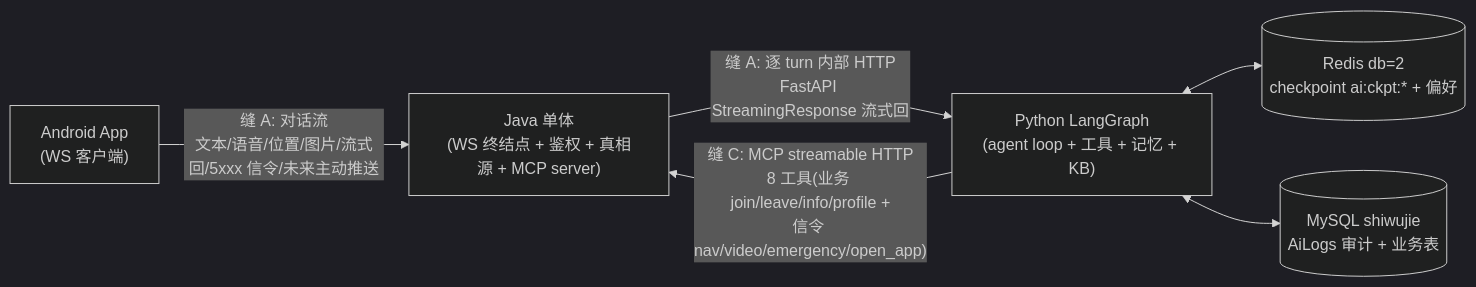
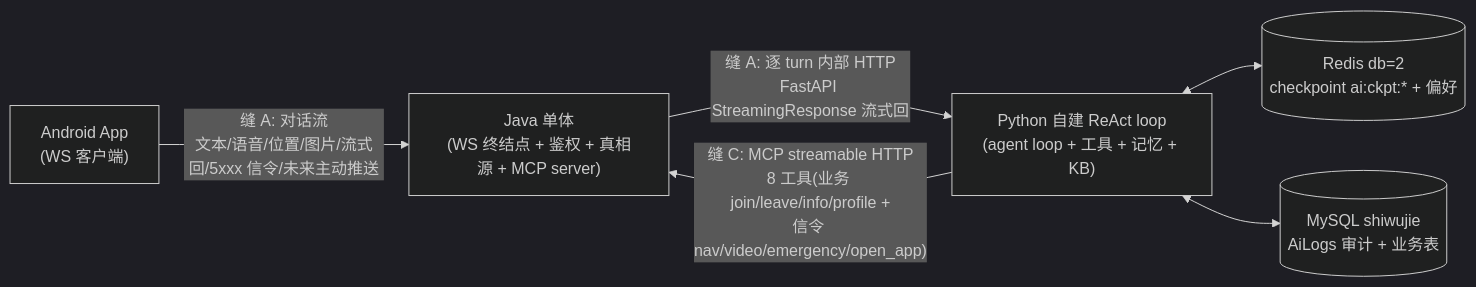
One commit to didiyal/shiwujie changed the first of 2 diagrams in docs/architecture/ai-rewrite.md. Above: the diagram before and after it, drawn with Mermaid (dark theme). The commit also changed other lines of this file and 20 other files, not shown here.

First line of the commit message:
docs(ai-rewrite): v1 实现载体由 LangGraph 改自建 ReAct loop（21 文档回卷）

````diff
--- a/docs/architecture/ai-rewrite.md
+++ b/docs/architecture/ai-rewrite.md
@@ -32,8 +38,8 @@
 ```mermaid
 flowchart LR
     APP["Android App<br/>(WS 客户端)"] -- "缝 A: 对话流<br/>文本/语音/位置/图片/流式回/5xxx 信令/未来主动推送" --> JAVA["Java 单体<br/>(WS 终结点 + 鉴权 + 真相源 + MCP server)"]
-    JAVA -- "缝 A: 逐 turn 内部 HTTP<br/>FastAPI StreamingResponse 流式回" --> PY["Python LangGraph<br/>(agent loop + 工具 + 记忆 + KB)"]
+    JAVA -- "缝 A: 逐 turn 内部 HTTP<br/>FastAPI StreamingResponse 流式回" --> PY["Python 自建 ReAct loop<br/>(agent loop + 工具 + 记忆 + KB)"]
     PY -- "缝 C: MCP streamable HTTP<br/>8 工具(业务 join/leave/info/profile +<br/>信令 nav/video/emergency/open_app)" --> JAVA
     PY <--> REDIS[("Redis db=2<br/>checkpoint ai:ckpt:* + 偏好")]
     PY <--> MYSQL[("MySQL shiwujie<br/>AiLogs 审计 + 业务表")]
 ```
````
